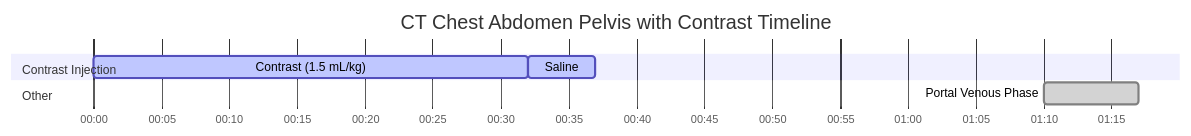
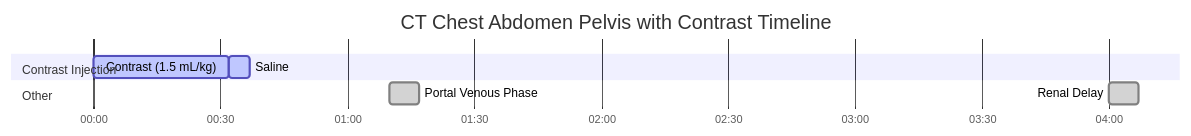
Before and after one commit to dfergs93/radiology-protocols: the diagram in docs/ct/abdomen/ct-chest-abdomen-pelvis-with-contrast.md, drawn with Mermaid. The commit also changed other lines of this file and 13 other files, not shown here.

````diff
--- a/docs/ct/abdomen/ct-chest-abdomen-pelvis-with-contrast.md
+++ b/docs/ct/abdomen/ct-chest-abdomen-pelvis-with-contrast.md
@@ -82,18 +85,19 @@
   ```mermaid
   ---
   displayMode: compact
   config:
     theme: default
     themeCSS: " #Saline{ fill: #4ed5ff; stroke: #2094f3; } "
   ---
     gantt
       title CT Chest Abdomen Pelvis with Contrast Timeline
       dateFormat mm:ss
       axisFormat %M:%S 
       
       section Contrast Injection
       Contrast (1.5 mL/kg)    :active, contrast, 00:00, 32s
       Saline          :active, saline, after contrast, 5s
       section Other
       Portal Venous Phase    :done, scan1, 01:10, 7s
+      Renal Delay    :done, scan2, 04:00, 7s
   ```
````
